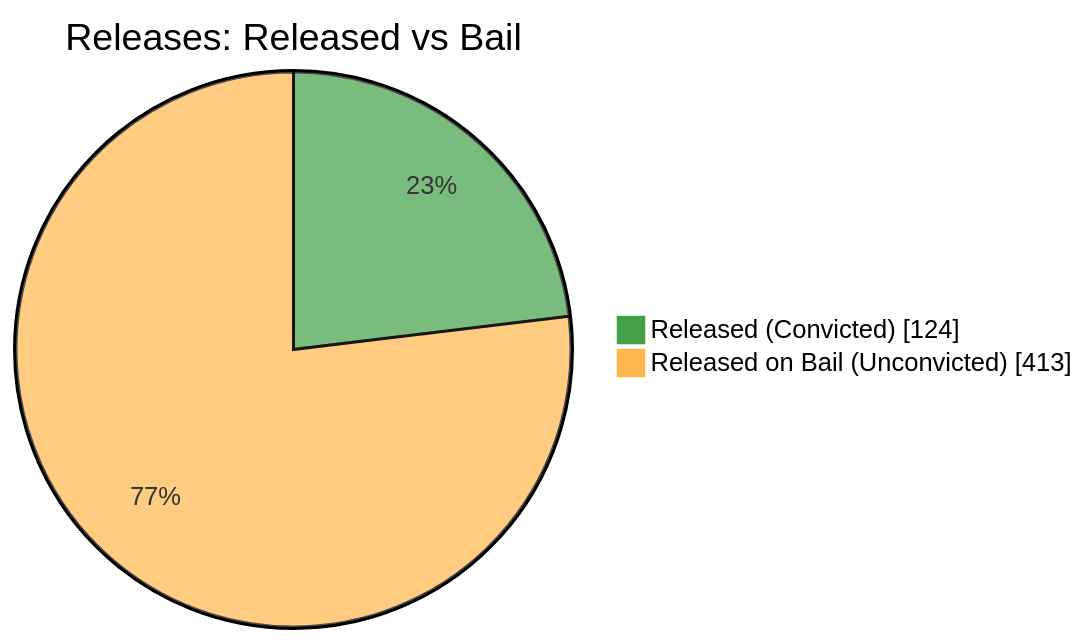
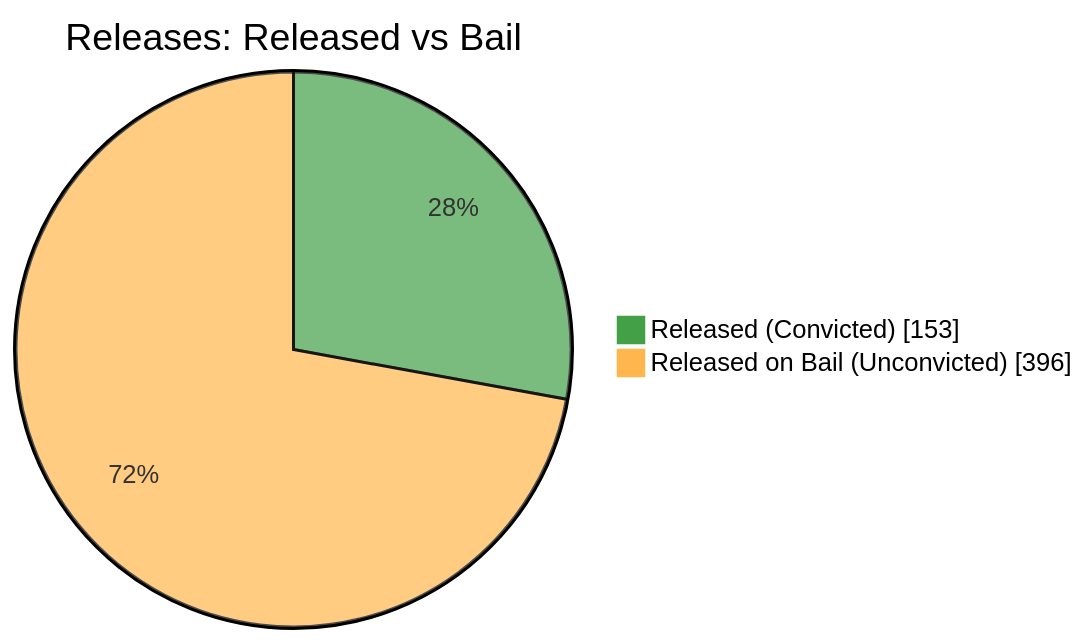
Before and after one commit to nuuuwan/lk_prisons: the fifth of 7 diagrams in README.md, drawn with Mermaid. The commit also changed other lines of this file and 1 other file, not shown here.

````diff
--- a/README.md
+++ b/README.md
@@ -87,6 +87,6 @@
 ```mermaid
 %%{init: {'themeVariables': {'pie1': '#43A047', 'pie2': '#FFB74D'}}}%%
 pie showData title Releases: Released vs Bail
-    "Released (Convicted)" : 124
-    "Released on Bail (Unconvicted)" : 413
+    "Released (Convicted)" : 153
+    "Released on Bail (Unconvicted)" : 396
 ```
````
